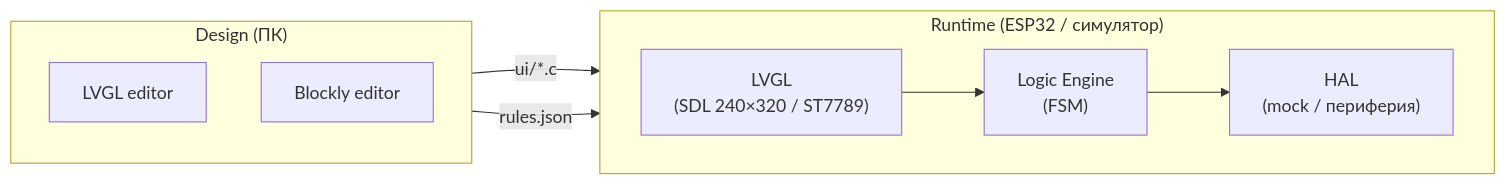
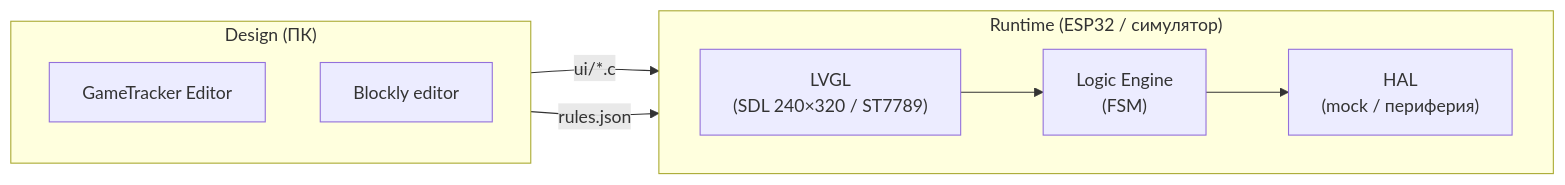
The diagram in docs/research.md (danil-murashkin/gametracker), drawn with Mermaid before and after one commit. The commit also changed other lines of this file and 47 other files, not shown here.

````diff
--- a/docs/research.md
+++ b/docs/research.md
@@ -13,30 +13,30 @@
 ```mermaid
 flowchart LR
 
 %% =======================
 %% DESIGN
 %% =======================
 subgraph D["Design (ПК)"]
     direction TB
-    LE["LVGL editor"]
+    LE["GameTracker Editor"]
     BE["Blockly editor"]
 end
 
 %% =======================
 %% RUNTIME
 %% =======================
 subgraph R["Runtime (ESP32 / симулятор)"]
     direction LR
     lvgl["LVGL\n(SDL 240×320 / ST7789)"]
     le["Logic Engine\n(FSM)"]
     hal["HAL\n(mock / периферия)"]
 
     lvgl --> le --> hal
 end
 
 %% =======================
 %% CROSS LINKS
 %% =======================
 LE -->|"ui/*.c"| lvgl
 BE -->|"rules.json"| le
 ```
````
